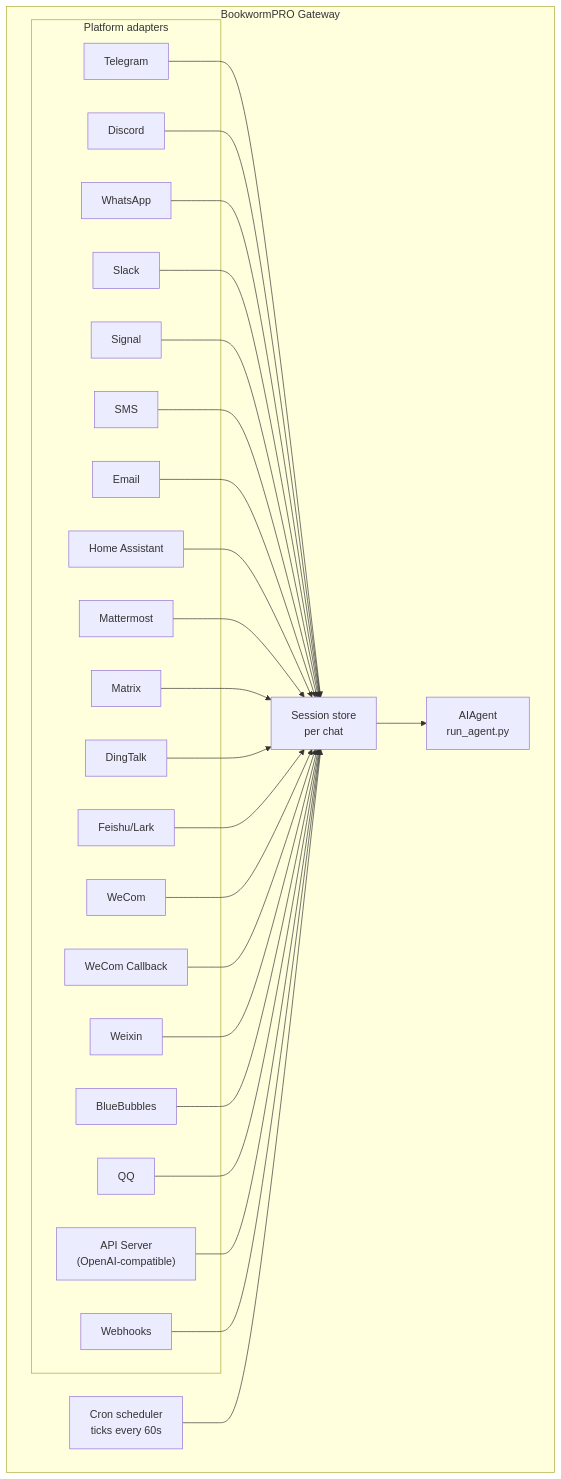
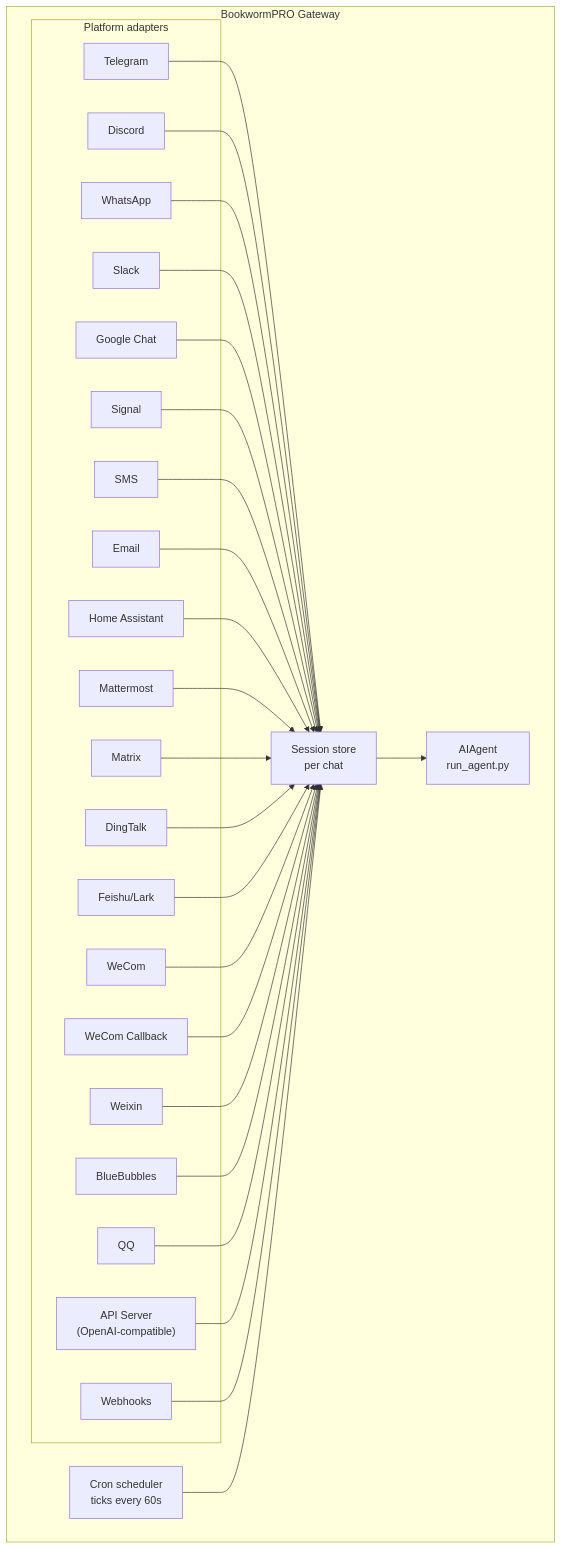
Before and after one commit to huakoh/bookwormpro-sale: the diagram in website/docs/user-guide/messaging/index.md, drawn with Mermaid. The commit also changed other lines of this file and 11 other files, not shown here.

````diff
--- a/website/docs/user-guide/messaging/index.md
+++ b/website/docs/user-guide/messaging/index.md
@@ -39,52 +40,54 @@
 ```mermaid
 flowchart TB
     subgraph Gateway["BookwormPRO Gateway"]
         subgraph Adapters["Platform adapters"]
             tg[Telegram]
             dc[Discord]
             wa[WhatsApp]
             sl[Slack]
+            gc[Google Chat]
             sig[Signal]
             sms[SMS]
             em[Email]
             ha[Home Assistant]
             mm[Mattermost]
             mx[Matrix]
             dt[DingTalk]
     fs[Feishu/Lark]
     wc[WeCom]
     wcb[WeCom Callback]
     wx[Weixin]
     bb[BlueBubbles]
     qq[QQ]
             api["API Server<br/>(OpenAI-compatible)"]
             wh[Webhooks]
         end
 
         store["Session store<br/>per chat"]
         agent["AIAgent<br/>run_agent.py"]
         cron["Cron scheduler<br/>ticks every 60s"]
     end
 
     tg --> store
     dc --> store
     wa --> store
     sl --> store
+    gc --> store
     sig --> store
     sms --> store
     em --> store
     ha --> store
     mm --> store
     mx --> store
     dt --> store
     fs --> store
     wc --> store
     wcb --> store
     wx --> store
     bb --> store
     qq --> store
     api --> store
     wh --> store
     store --> agent
     cron --> store
 ```
````
